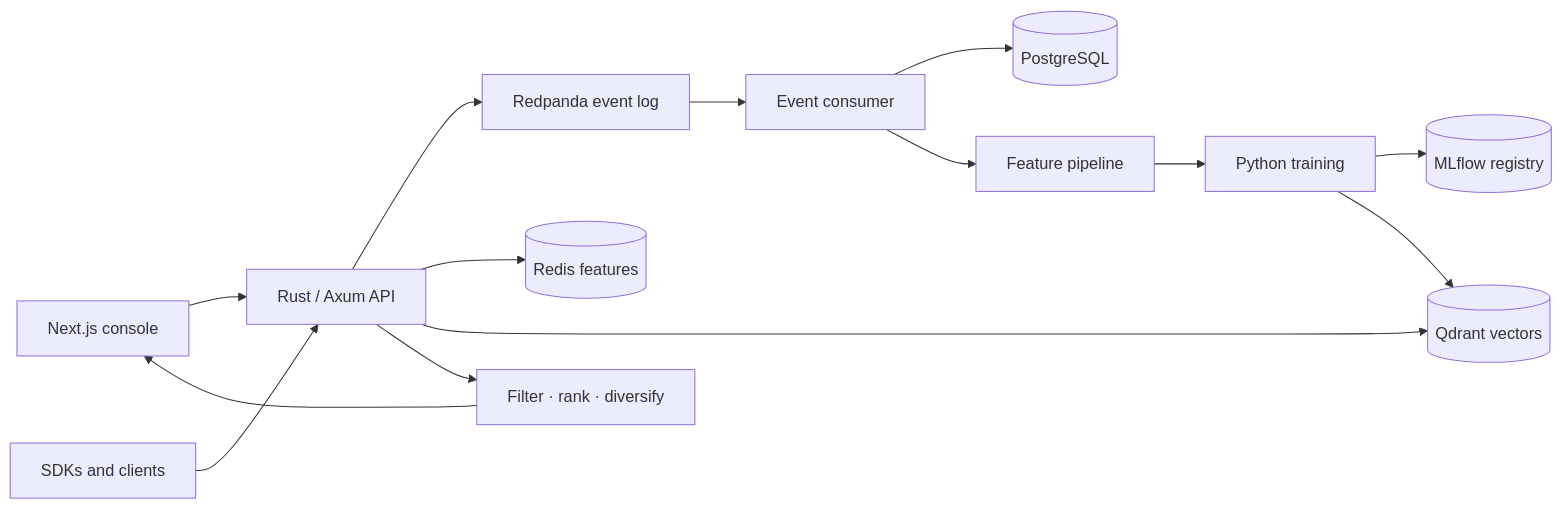
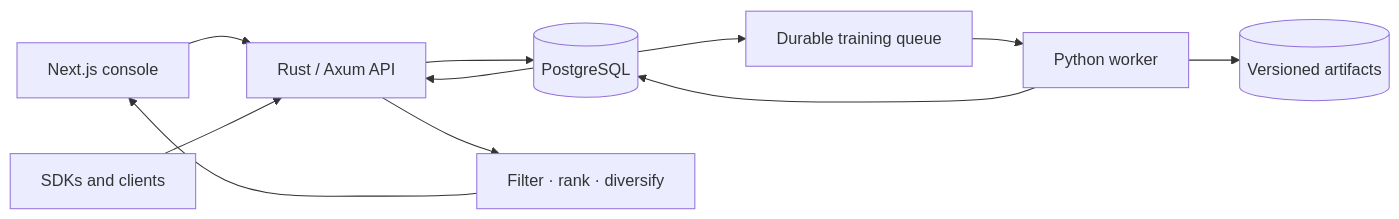
One commit to jonxsong/Affinity changed the diagram in README.md. Above: the diagram before and after it, drawn with Mermaid. The commit also changed other lines of this file and 7 other files, not shown here.

Commit message:
docs: refresh architecture and apply canonical branding

````diff
--- a/README.md
+++ b/README.md
@@ -43,16 +45,13 @@
 ```mermaid
 flowchart LR
   UI[Next.js console] --> API[Rust / Axum API]
   SDK[SDKs and clients] --> API
-  API --> RP[Redpanda event log]
-  RP --> EC[Event consumer]
-  EC --> PG[(PostgreSQL)]
-  EC --> FP[Feature pipeline]
-  FP --> TRAIN[Python training]
-  TRAIN --> MLF[(MLflow registry)]
-  TRAIN --> QD[(Qdrant vectors)]
-  API --> CACHE[(Redis features)]
-  API --> QD
+  API --> PG[(PostgreSQL)]
+  PG --> JOBS[Durable training queue]
+  JOBS --> TRAIN[Python worker]
+  TRAIN --> ART[(Versioned artifacts)]
+  TRAIN --> PG
+  PG --> API
   API --> RANK[Filter · rank · diversify]
   RANK --> UI
 ```
````
